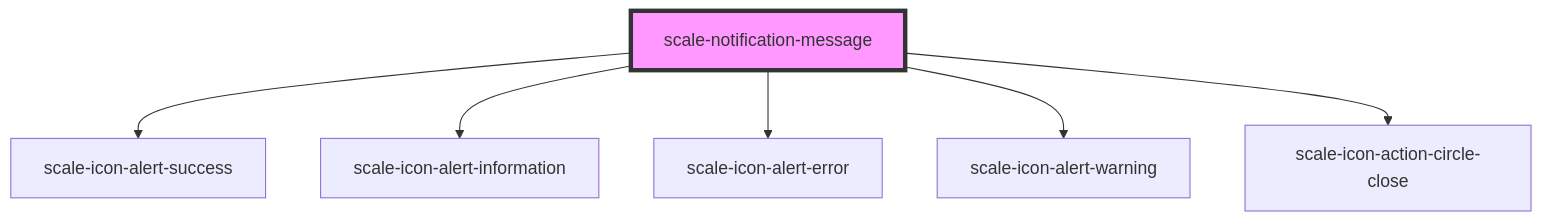
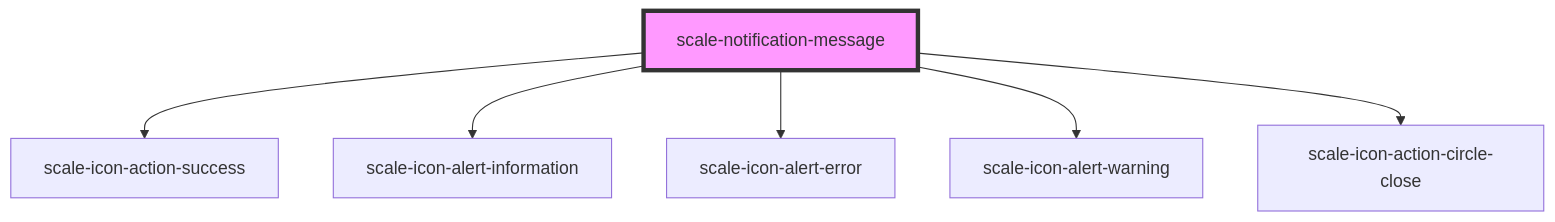
Before and after one commit to telekom/scale: the diagram in packages/components/src/components/notification-message/readme.md, drawn with Mermaid. The commit also changed other lines of this file and 787 other files, not shown here.

````diff
--- a/packages/components/src/components/notification-message/readme.md
+++ b/packages/components/src/components/notification-message/readme.md
@@ -60,9 +60,9 @@
 ```mermaid
 graph TD;
-  scale-notification-message --> scale-icon-alert-success
+  scale-notification-message --> scale-icon-action-success
   scale-notification-message --> scale-icon-alert-information
   scale-notification-message --> scale-icon-alert-error
   scale-notification-message --> scale-icon-alert-warning
   scale-notification-message --> scale-icon-action-circle-close
   style scale-notification-message fill:#f9f,stroke:#333,stroke-width:4px
 ```
````
